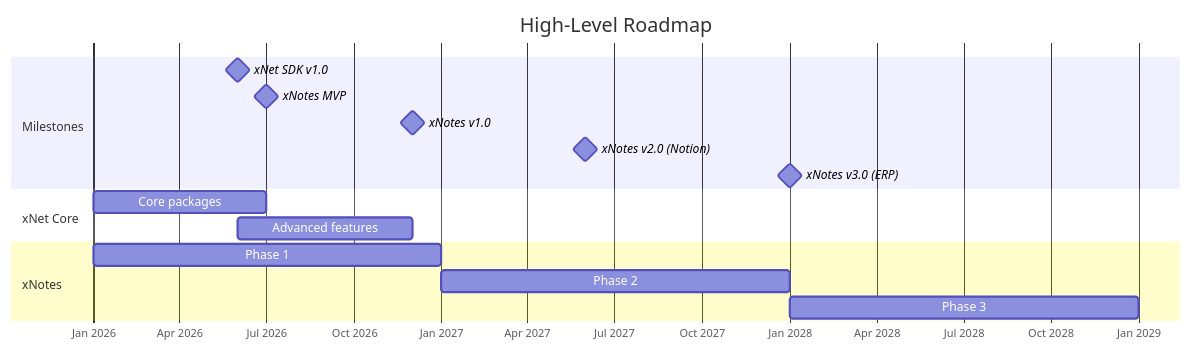
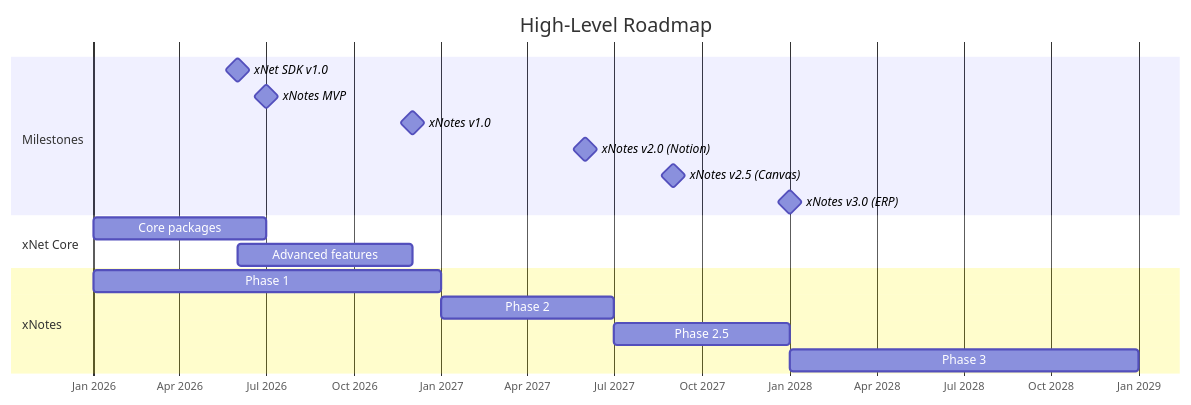
The third of 4 diagrams in docs/plan/README.md (crs48/xNet), drawn with Mermaid before and after one commit. The commit also changed other lines of this file and 1 other file, not shown here.

First line of the commit message:
Add Phase 2.5 Canvas and performance specifications

````diff
--- a/docs/plan/README.md
+++ b/docs/plan/README.md
@@ -183,22 +183,24 @@
 ```mermaid
 gantt
     title High-Level Roadmap
     dateFormat  YYYY-MM
     axisFormat  %b %Y
 
     section Milestones
     xNet SDK v1.0           :milestone, 2026-06, 0d
     xNotes MVP              :milestone, 2026-07, 0d
     xNotes v1.0             :milestone, 2026-12, 0d
     xNotes v2.0 (Notion)    :milestone, 2027-06, 0d
+    xNotes v2.5 (Canvas)    :milestone, 2027-09, 0d
     xNotes v3.0 (ERP)       :milestone, 2028-01, 0d
 
     section xNet Core
     Core packages           :2026-01, 6M
     Advanced features       :2026-06, 6M
 
     section xNotes
     Phase 1: Wiki & Tasks   :2026-01, 12M
-    Phase 2: Database UI    :2027-01, 12M
+    Phase 2: Database UI    :2027-01, 6M
+    Phase 2.5: Canvas       :2027-07, 6M
     Phase 3: ERP Platform   :2028-01, 12M
 ```
````
